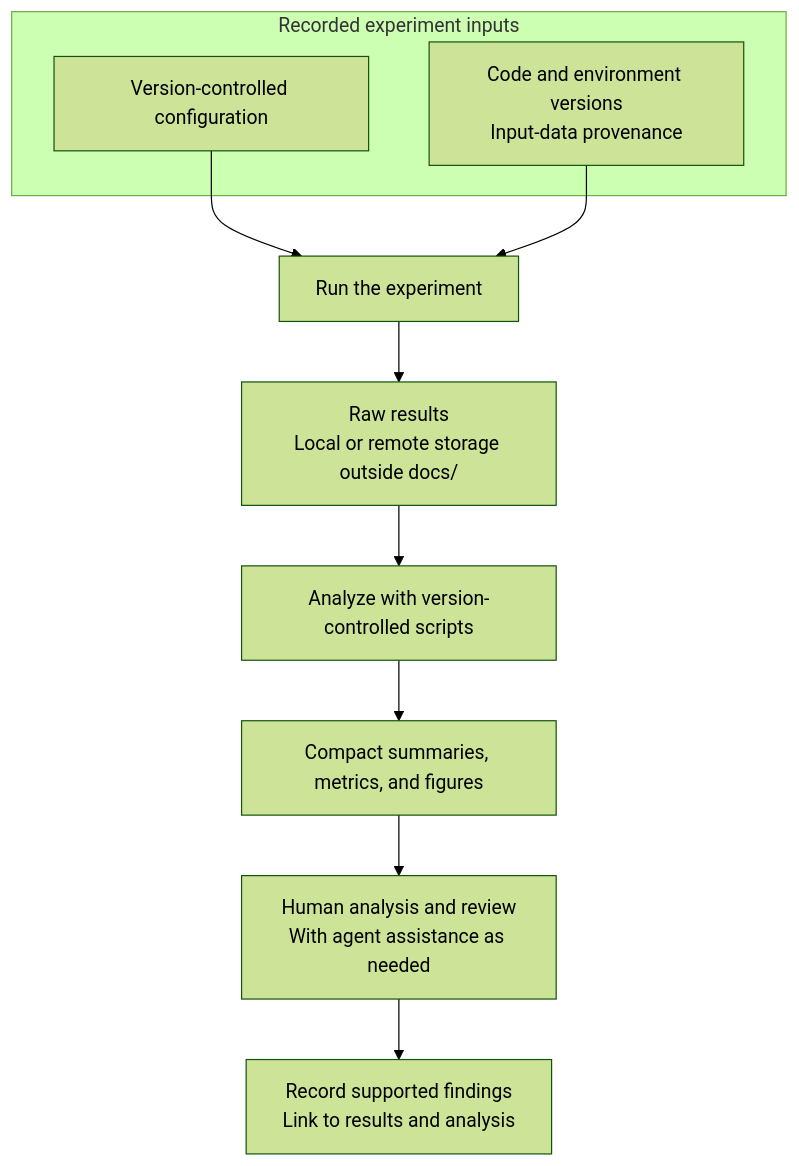
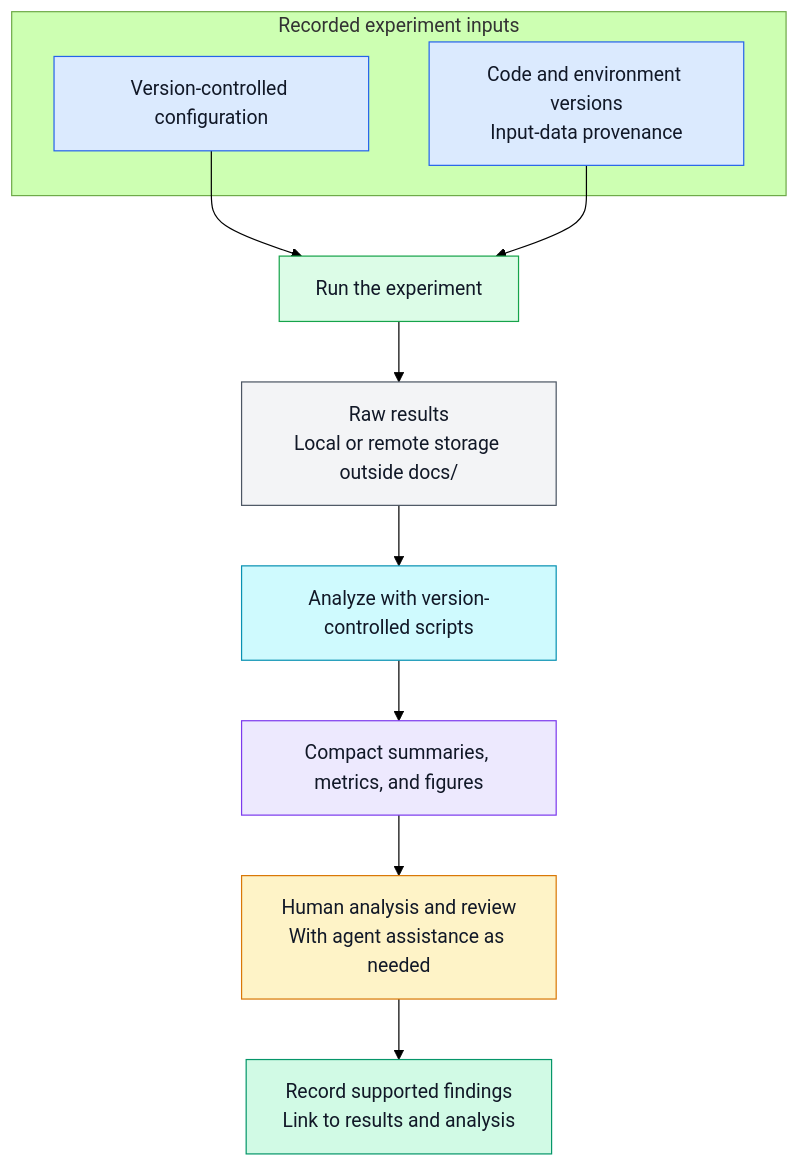
One commit to 7FeiW/Incomplete_guide changed the second of 3 diagrams in docs/15_Agentic_Workflow.md. Above: the diagram before and after it, drawn with Mermaid (forest theme). The commit also changed other lines of this file and 1 other file, not shown here.

````diff
--- a/docs/15_Agentic_Workflow.md
+++ b/docs/15_Agentic_Workflow.md
@@ -148,15 +161,31 @@
 ```mermaid
 flowchart TB
     subgraph Inputs[Recorded experiment inputs]
         C["Version-controlled configuration"]
         P["Code and environment versions<br/>Input-data provenance"]
     end
 
     C --> E["Run the experiment"]
     P --> E
     E --> R["Raw results<br/>Local or remote storage outside docs/"]
     R --> S["Analyze with version-controlled scripts"]
     S --> M["Compact summaries, metrics, and figures"]
     M --> H["Human analysis and review<br/>With agent assistance as needed"]
     H --> F["Record supported findings<br/>Link to results and analysis"]
+
+    classDef input fill:#DBEAFE,stroke:#2563EB,color:#111827
+    classDef compute fill:#DCFCE7,stroke:#16A34A,color:#111827
+    classDef raw fill:#F3F4F6,stroke:#4B5563,color:#111827
+    classDef analysis fill:#CFFAFE,stroke:#0891B2,color:#111827
+    classDef evidence fill:#EDE9FE,stroke:#7C3AED,color:#111827
+    classDef human fill:#FEF3C7,stroke:#D97706,color:#111827
+    classDef finding fill:#D1FAE5,stroke:#059669,color:#111827
+
+    class C,P input
+    class E compute
+    class R raw
+    class S analysis
+    class M evidence
+    class H human
+    class F finding
 ```
````
